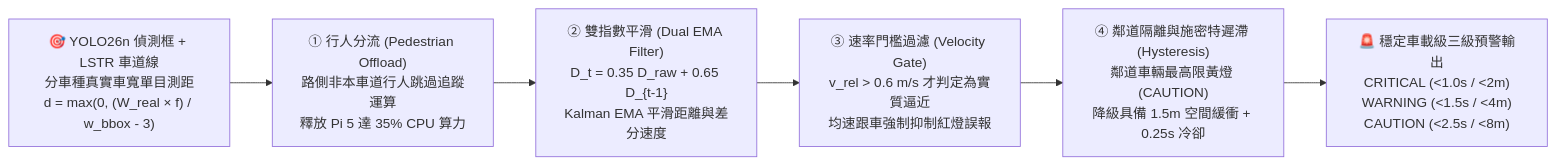
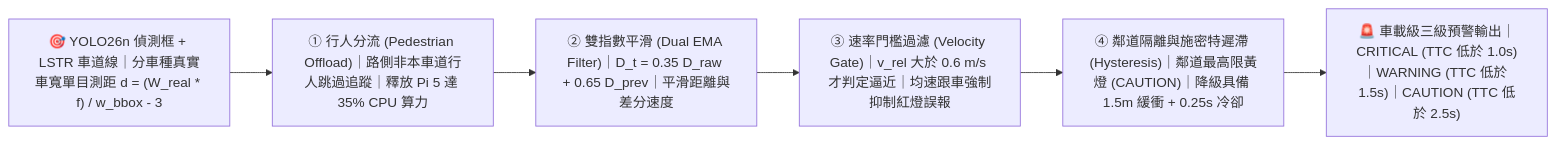
Before and after one commit to joe10897/V.I.S.O.R.-Advanced-Rider-Assistance-with-Visual-Intelligent-Safety-on-Road-System: the second of 2 diagrams in README.md, drawn with Mermaid. The commit also changed other lines of this file, not shown here.

Commit message:
fix(docs): resolve GitHub Mermaid parser error in README diagrams

````diff
--- a/README.md
+++ b/README.md
@@ -199,11 +203,11 @@
 ```mermaid
 flowchart LR
-    Input["🎯 YOLO26n 偵測框 + LSTR 車道線<br/>分車種真實車寬單目測距<br/>d = max(0, (W_real × f) / w_bbox - 3)"]
-    Stage1["① 行人分流 (Pedestrian Offload)<br/>路側非本車道行人跳過追蹤運算<br/>釋放 Pi 5 達 35% CPU 算力"]
-    Stage2["② 雙指數平滑 (Dual EMA Filter)<br/>D_t = 0.35 D_raw + 0.65 D_{t-1}<br/>Kalman EMA 平滑距離與差分速度"]
-    Stage3["③ 速率門檻過濾 (Velocity Gate)<br/>v_rel > 0.6 m/s 才判定為實質逼近<br/>均速跟車強制抑制紅燈誤報"]
-    Stage4["④ 鄰道隔離與施密特遲滯 (Hysteresis)<br/>鄰道車輛最高限黃燈 (CAUTION)<br/>降級具備 1.5m 空間緩衝 + 0.25s 冷卻"]
-    Output["🚨 穩定車載級三級預警輸出<br/>CRITICAL (<1.0s / <2m)<br/>WARNING (<1.5s / <4m)<br/>CAUTION (<2.5s / <8m)"]
+    Input["🎯 YOLO26n 偵測框 + LSTR 車道線｜分車種真實車寬單目測距 d = (W_real * f) / w_bbox - 3"]
+    Stage1["① 行人分流 (Pedestrian Offload)｜路側非本車道行人跳過追蹤｜釋放 Pi 5 達 35% CPU 算力"]
+    Stage2["② 雙指數平滑 (Dual EMA Filter)｜D_t = 0.35 D_raw + 0.65 D_prev｜平滑距離與差分速度"]
+    Stage3["③ 速率門檻過濾 (Velocity Gate)｜v_rel 大於 0.6 m/s 才判定逼近｜均速跟車強制抑制紅燈誤報"]
+    Stage4["④ 鄰道隔離與施密特遲滯 (Hysteresis)｜鄰道最高限黃燈 (CAUTION)｜降級具備 1.5m 緩衝 + 0.25s 冷卻"]
+    Output["🚨 車載級三級預警輸出｜CRITICAL (TTC 低於 1.0s)｜WARNING (TTC 低於 1.5s)｜CAUTION (TTC 低於 2.5s)"]
 
     Input --> Stage1 --> Stage2 --> Stage3 --> Stage4 --> Output
 ```
````
